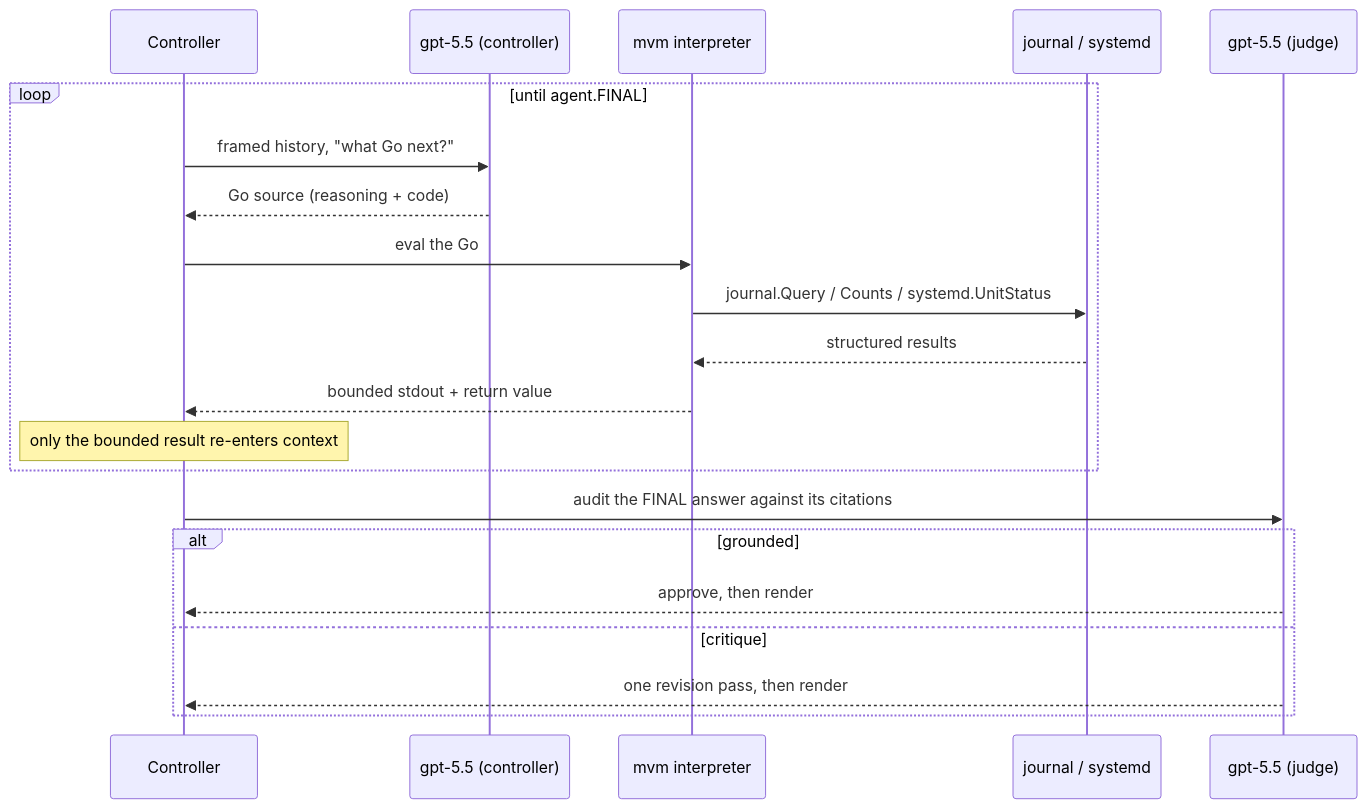
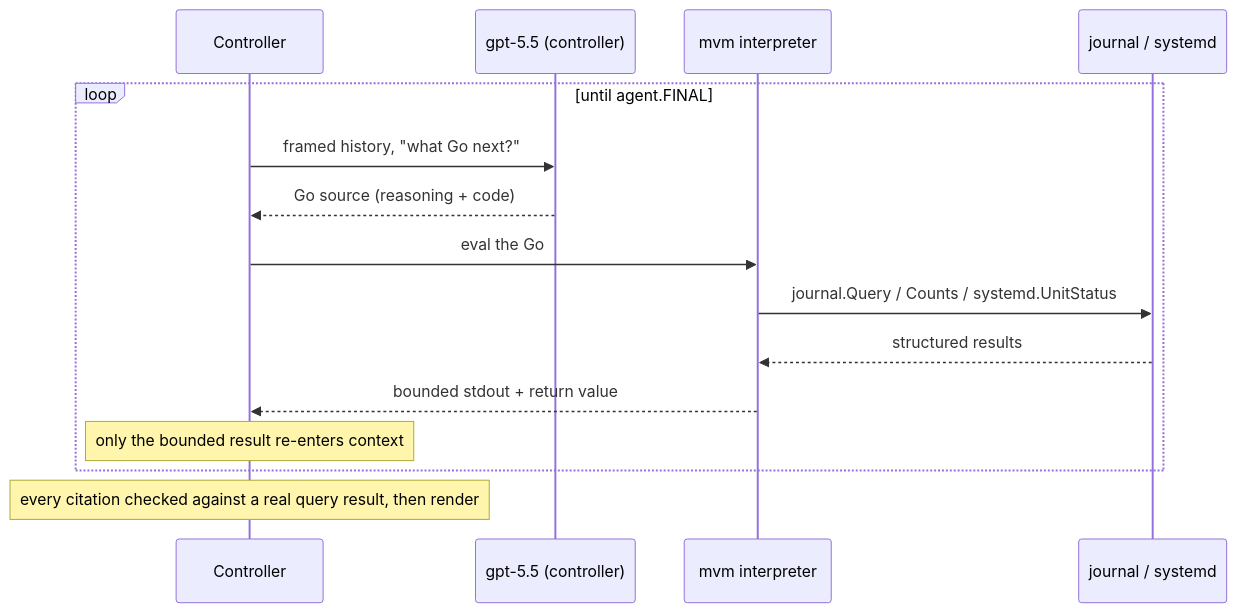
One commit to omarluq/anamnesis changed the second of 3 diagrams in README.md. Above: the diagram before and after it, drawn with Mermaid. The commit also changed other lines of this file and 57 other files, not shown here.

````diff
--- a/README.md
+++ b/README.md
@@ -118,24 +115,18 @@
 ```mermaid
 sequenceDiagram
     participant C as Controller
     participant M as gpt-5.5 (controller)
     participant I as mvm interpreter
     participant H as journal / systemd
-    participant J as gpt-5.5 (judge)
 
     loop until agent.FINAL
         C->>M: framed history, "what Go next?"
         M-->>C: Go source (reasoning + code)
         C->>I: eval the Go
         I->>H: journal.Query / Counts / systemd.UnitStatus
         H-->>I: structured results
         I-->>C: bounded stdout + return value
         Note over C: only the bounded result re-enters context
     end
-    C->>J: audit the FINAL answer against its citations
-    alt grounded
-        J-->>C: approve, then render
-    else critique
-        J-->>C: one revision pass, then render
-    end
+    Note over C: every citation checked against a real query result, then render
 ```
````
